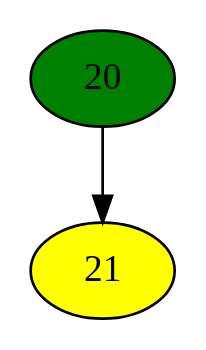
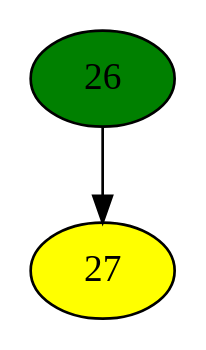
One commit to brianedmonds90/CFG-Hip-Hop changed the diagram in test_files/test_files/function_Pseudo-main at 0 (ID 0).dot. Above: the diagram before and after it, drawn with Graphviz. The commit also changed 4 other files, not shown here.

```diff
--- a/test_files/test_files/function_Pseudo-main at 0 (ID 0).dot
+++ b/test_files/test_files/function_Pseudo-main at 0 (ID 0).dot
@@ -1,22 +1,22 @@
 digraph testName {
-0 [label="20" tooltip="FPushFuncD
+0 [label="26" tooltip="FPushFuncD
 Int
 FPassCE
 Int
 FPassCE
 FCall
 PopR
 "];
-1 [label="21" fillcolor= yellow, style = filled,  tooltip="FPushFuncD
+1 [label="27" fillcolor= yellow, style = filled,  tooltip="FPushFuncD
 Int
 FPassCE
 Int
 FPassCE
 FCall
 PopR
 Int
 RetC
 "];
 0 -> 1;
 0 [fillcolor = green, style = filled]
 }
```
